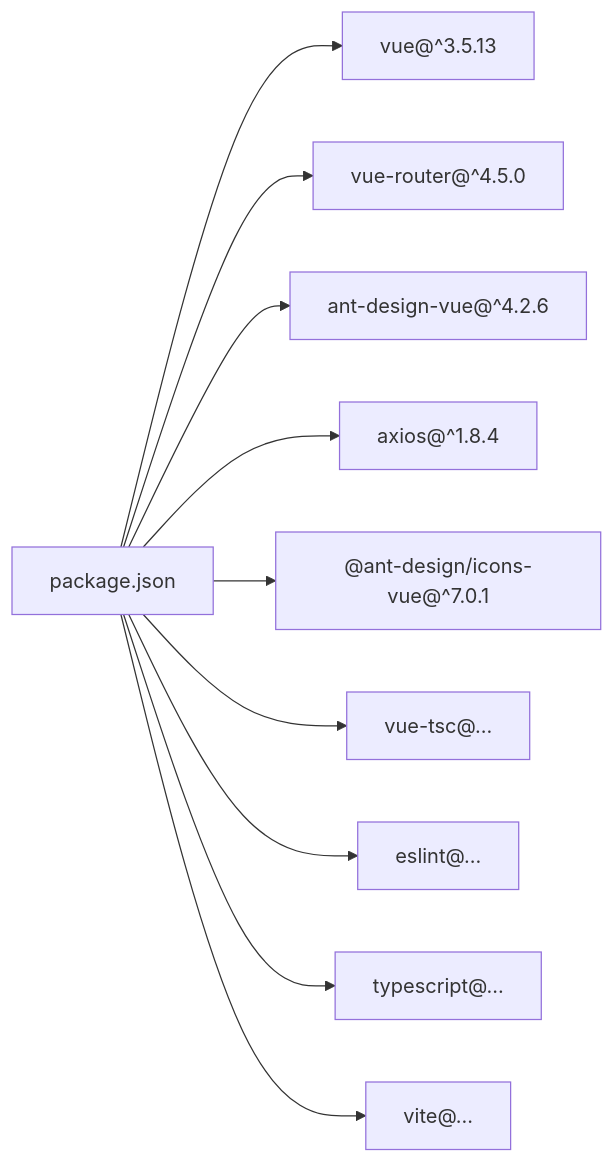
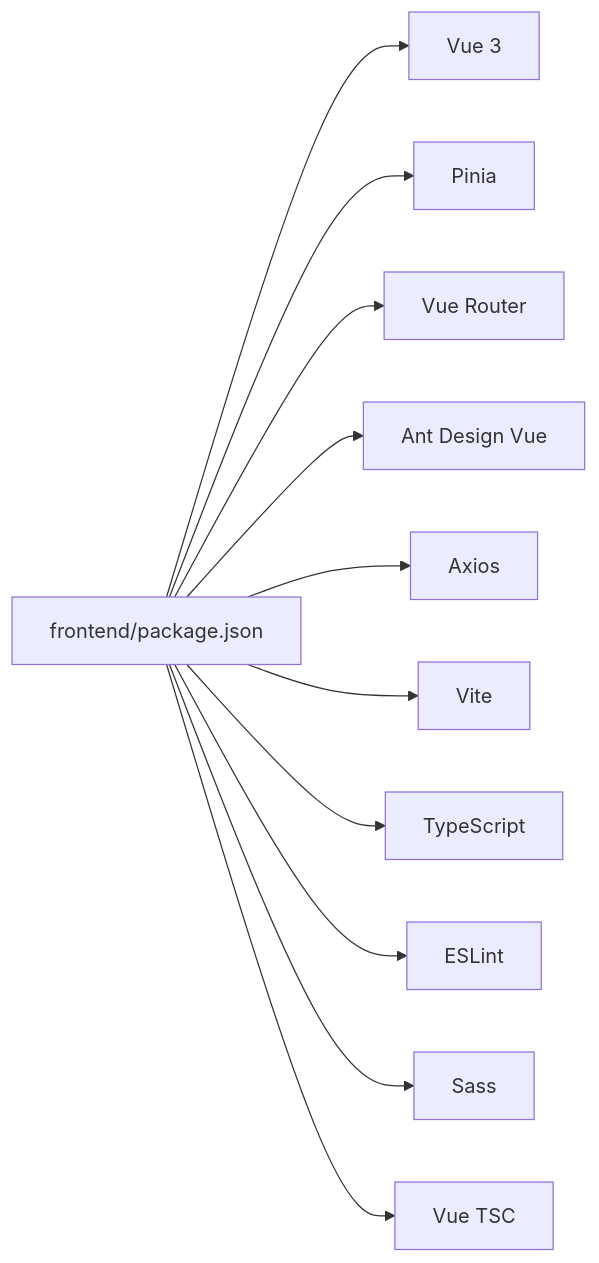
One commit to ATOMLubover/poprako changed diagram 11 of 11 in .qoder/repowiki/zh/content/前端应用架构/前端应用架构.md. Above: the diagram before and after it, drawn with Mermaid. The commit also changed other lines of this file and 132 other files, not shown here.

````diff
--- a/.qoder/repowiki/zh/content/前端应用架构/前端应用架构.md
+++ b/.qoder/repowiki/zh/content/前端应用架构/前端应用架构.md
@@ -353,12 +420,13 @@
 ```mermaid
 graph LR
-P["package.json"] --> V["vue@^3.5.13"]
-P --> VR["vue-router@^4.5.0"]
-P --> AV["ant-design-vue@^4.2.6"]
-P --> AX["axios@^1.8.4"]
-P --> AI["@ant-design/icons-vue@^7.0.1"]
-P --> VT["vue-tsc@..."]
-P --> ESL["eslint@..."]
-P --> TS["typescript@..."]
-P --> VITE["vite@..."]
+A["frontend/package.json"] --> B["Vue 3"]
+A --> C["Pinia"]
+A --> D["Vue Router"]
+A --> E["Ant Design Vue"]
+A --> F["Axios"]
+A --> G["Vite"]
+A --> H["TypeScript"]
+A --> I["ESLint"]
+A --> J["Sass"]
+A --> K["Vue TSC"]
 ```
````
